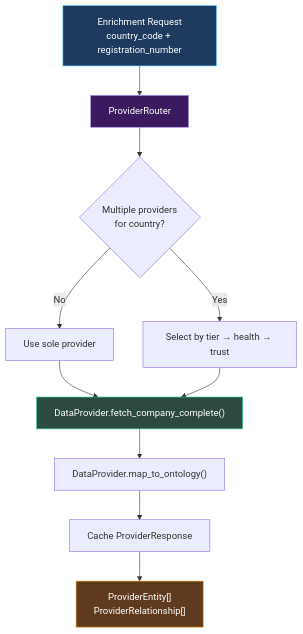
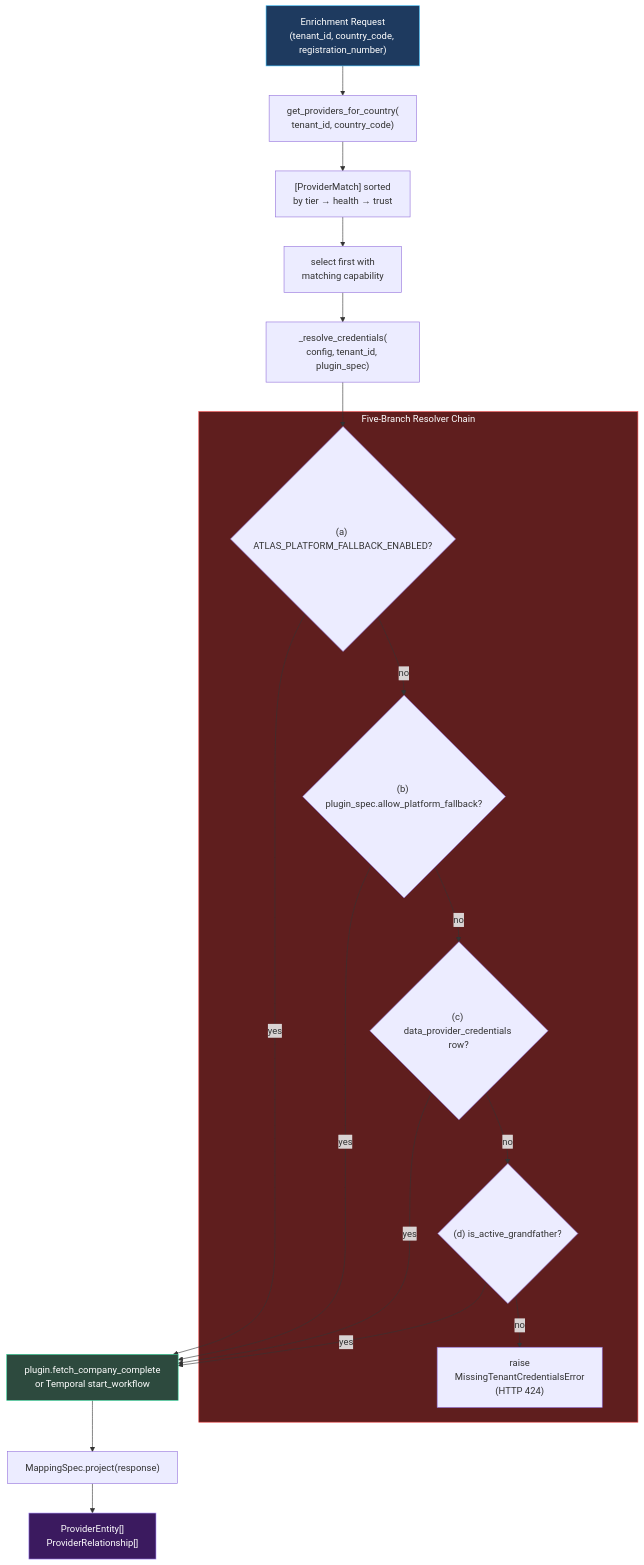
One commit to Tsunami-max/trust-relay-docs changed the second of 3 diagrams in docs/atlas/data-providers.md. Above: the diagram before and after it, drawn with Mermaid. The commit also changed other lines of this file and 18 other files, not shown here.

First line of the commit message:
docs(atlas): v5.0 / v5.1 architecture refresh — multi-tenancy, plugins, credentials, claims

````diff
--- a/docs/atlas/data-providers.md
+++ b/docs/atlas/data-providers.md
@@ -175,22 +230,38 @@
 ```mermaid
 flowchart TD
-    REQ["Enrichment Request<br/>country_code + registration_number"]
-    ROUTE["ProviderRouter"]
-    CHECK{"Multiple providers<br/>for country?"}
-    SINGLE["Use sole provider"]
-    SELECT["Select by tier → health → trust"]
-    FETCH["DataProvider.fetch_company_complete()"]
-    MAP["DataProvider.map_to_ontology()"]
-    CACHE["Cache ProviderResponse"]
+    REQ["Enrichment Request<br/>(tenant_id, country_code, registration_number)"]
+    GET["get_providers_for_country(<br/>tenant_id, country_code)"]
+    LIST["[ProviderMatch] sorted<br/>by tier → health → trust"]
+    SEL["select first with<br/>matching capability"]
+    RESOLVE["_resolve_credentials(<br/>config, tenant_id, plugin_spec)"]
+
+    subgraph Chain["Five-Branch Resolver Chain"]
+        A{"(a) ATLAS_PLATFORM_FALLBACK_ENABLED?"}
+        B{"(b) plugin_spec.allow_platform_fallback?"}
+        C{"(c) data_provider_credentials row?"}
+        D{"(d) is_active_grandfather?"}
+        E["raise<br/>MissingTenantCredentialsError<br/>(HTTP 424)"]
+    end
+
+    FETCH["plugin.fetch_company_complete<br/>or Temporal start_workflow"]
+    MAP["MappingSpec.project(response)"]
     OUT["ProviderEntity[]<br/>ProviderRelationship[]"]
 
-    REQ --> ROUTE --> CHECK
-    CHECK -->|No| SINGLE --> FETCH
-    CHECK -->|Yes| SELECT --> FETCH
-    FETCH --> MAP --> CACHE --> OUT
+    REQ --> GET --> LIST --> SEL --> RESOLVE
+    RESOLVE --> A
+    A -->|yes| FETCH
+    A -->|no| B
+    B -->|yes| FETCH
+    B -->|no| C
+    C -->|yes| FETCH
+    C -->|no| D
+    D -->|yes| FETCH
+    D -->|no| E
+
+    FETCH --> MAP --> OUT
 
     style REQ fill:#1e3a5f,stroke:#38bdf8,color:#fff
-    style ROUTE fill:#3b1a5f,stroke:#a78bfa,color:#fff
+    style Chain fill:#5f1e1e,stroke:#ef4444,color:#fff
     style FETCH fill:#2d4a3e,stroke:#34d399,color:#fff
-    style OUT fill:#5f3a1e,stroke:#f59e0b,color:#fff
+    style OUT fill:#3b1a5f,stroke:#a78bfa,color:#fff
 ```
````
